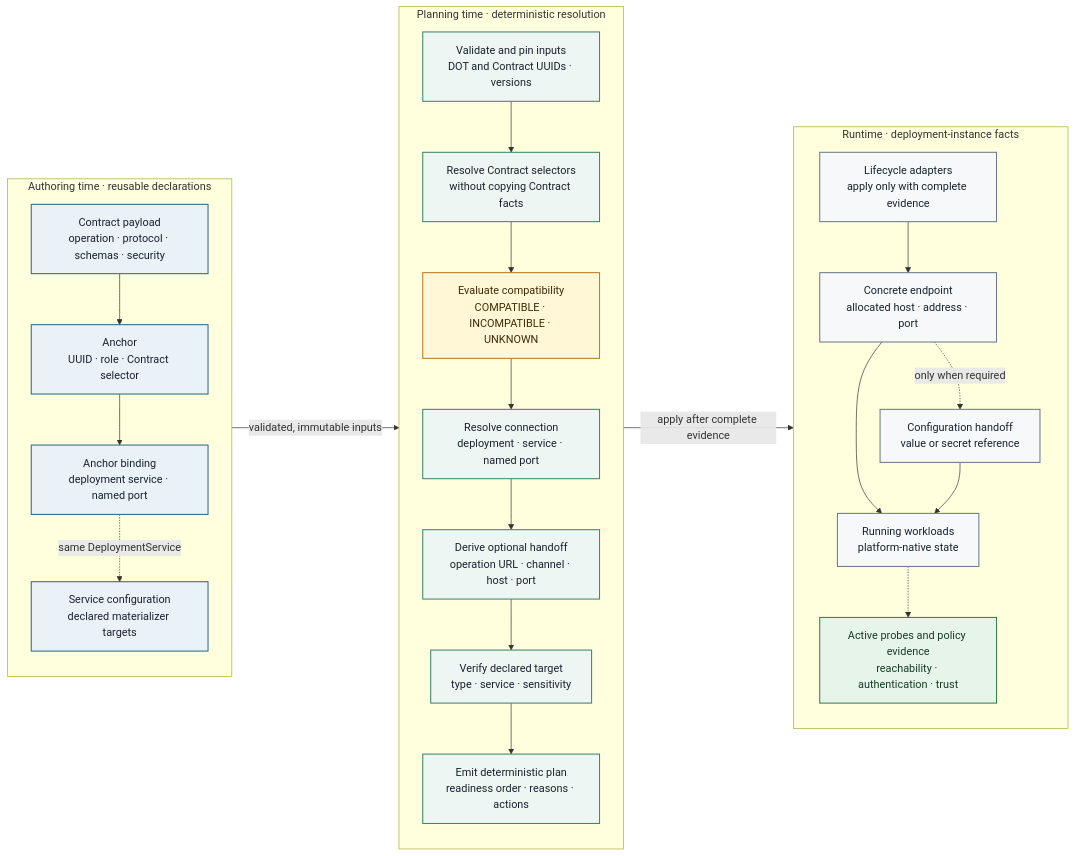
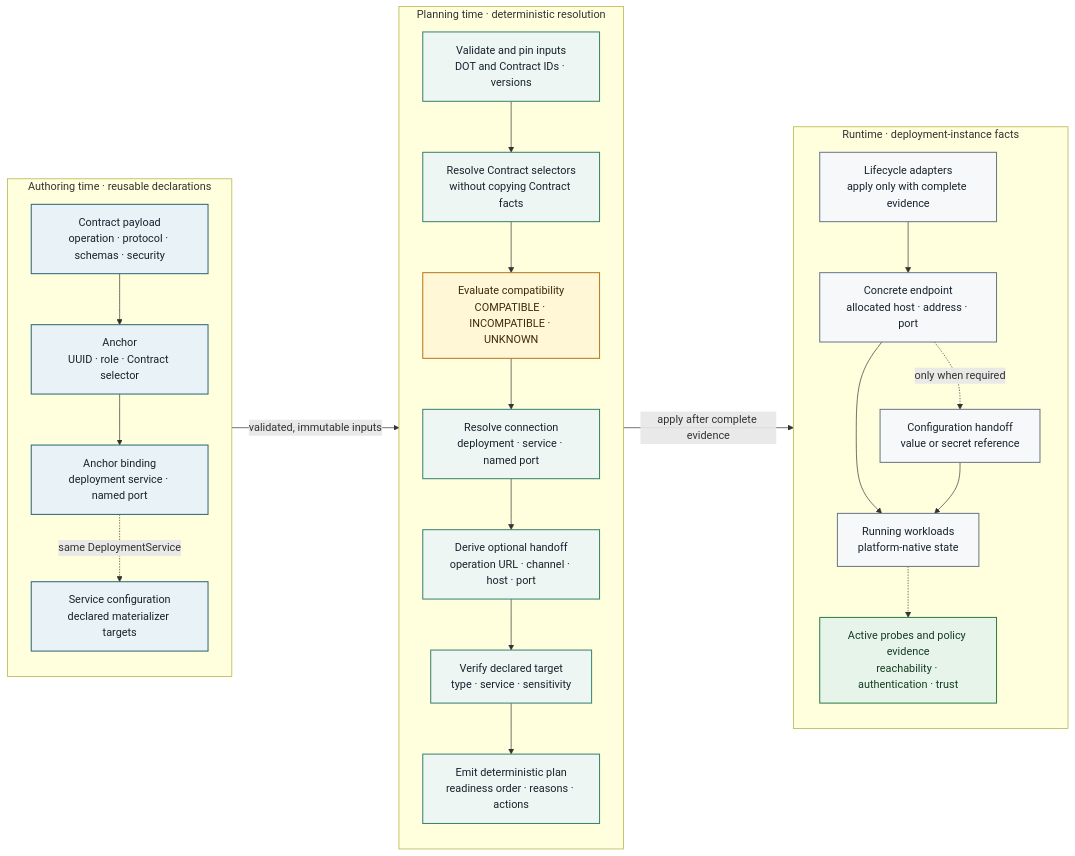
One commit to MARE-EU-Project/DOT-Docs changed the diagram in DOT-Design/next/dot-design/_attachments/diagrams/composition-resolution-stages.mmd. Above: the diagram before and after it, drawn with Mermaid. The commit also changed 24 other files, not shown here.

```diff
--- a/DOT-Design/next/dot-design/_attachments/diagrams/composition-resolution-stages.mmd
+++ b/DOT-Design/next/dot-design/_attachments/diagrams/composition-resolution-stages.mmd
@@ -1,55 +1,55 @@
 flowchart LR
   accTitle: Authoring, planning, and runtime resolution stages
   accDescr: Independently authored Contracts, Anchors, bindings, and configuration declarations are pinned and resolved into a deterministic plan before lifecycle adapters create endpoints, materialize configuration, and collect runtime evidence.
 
   subgraph Authoring["Authoring time · reusable declarations"]
     direction TB
     Contract["Contract payload<br/>operation · protocol · schemas · security"]
     Anchor["Anchor<br/>UUID · role · Contract selector"]
     Binding["Anchor binding<br/>deployment service · named port"]
     Config["Service configuration<br/>declared materializer targets"]
     Contract --> Anchor
     Anchor --> Binding
     Binding -.->|same DeploymentService| Config
   end
 
   subgraph Planning["Planning time · deterministic resolution"]
     direction TB
-    Inputs["Validate and pin inputs<br/>DOT and Contract UUIDs · versions"]
+    Inputs["Validate and pin inputs<br/>DOT and Contract IDs · versions"]
     Selectors["Resolve Contract selectors<br/>without copying Contract facts"]
     Compatibility["Evaluate compatibility<br/>COMPATIBLE · INCOMPATIBLE · UNKNOWN"]
     Connection["Resolve connection<br/>deployment · service · named port"]
     Handoff["Derive optional handoff<br/>operation URL · channel · host · port"]
     Target["Verify declared target<br/>type · service · sensitivity"]
     Plan["Emit deterministic plan<br/>readiness order · reasons · actions"]
     Inputs --> Selectors --> Compatibility --> Connection
     Connection --> Handoff --> Target --> Plan
   end
 
   subgraph Runtime["Runtime · deployment-instance facts"]
     direction TB
     Apply["Lifecycle adapters<br/>apply only with complete evidence"]
     Endpoint["Concrete endpoint<br/>allocated host · address · port"]
     Inject["Configuration handoff<br/>value or secret reference"]
     Workload["Running workloads<br/>platform-native state"]
     Probe["Active probes and policy evidence<br/>reachability · authentication · trust"]
     Apply --> Endpoint
     Endpoint -.->|only when required| Inject
     Endpoint --> Workload
     Inject --> Workload
     Workload -.-> Probe
   end
 
   Authoring -->|validated, immutable inputs| Planning
   Planning -->|apply after complete evidence| Runtime
 
   classDef authored fill:#e8f2f7,stroke:#2b6777,color:#17232d,stroke-width:1.5px;
   classDef process fill:#eef6f3,stroke:#39826f,color:#17232d,stroke-width:1.5px;
   classDef decision fill:#fff7d6,stroke:#b7791f,color:#3d2b0a,stroke-width:1.5px;
   classDef runtime fill:#f6f8fa,stroke:#687887,color:#17232d,stroke-width:1.5px;
   classDef evidence fill:#e6f4ea,stroke:#2f7d45,color:#173c23,stroke-width:1.5px;
   class Contract,Anchor,Binding,Config authored;
   class Inputs,Selectors,Connection,Handoff,Target,Plan process;
   class Compatibility decision;
   class Apply,Endpoint,Inject,Workload runtime;
   class Probe evidence;
```
